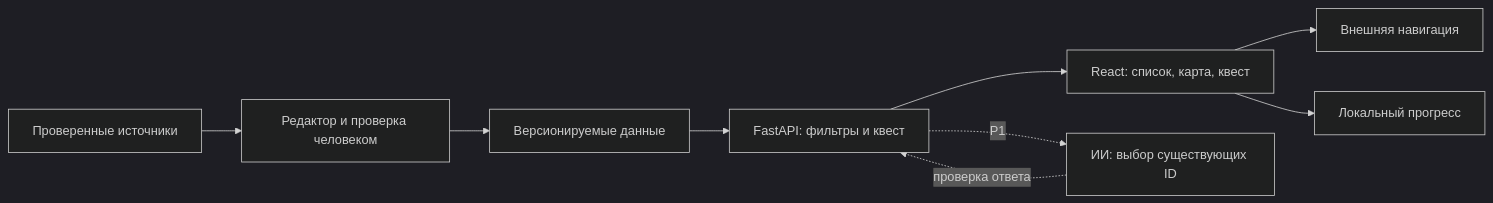
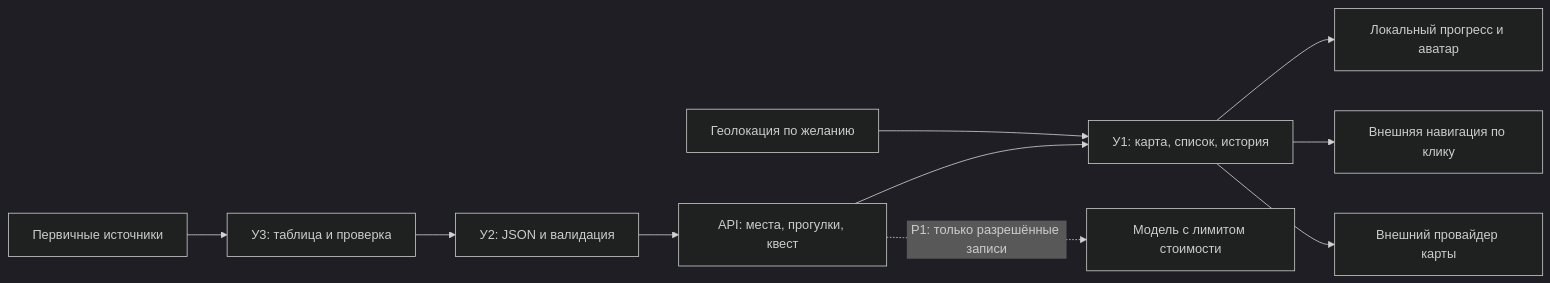
Before and after one commit to dav-snow/svoi-vladik: the diagram in docs/ARCHITECTURE.md, drawn with Mermaid (dark theme). The commit also changed other lines of this file and 19 other files, not shown here.

````diff
--- a/docs/ARCHITECTURE.md
+++ b/docs/ARCHITECTURE.md
@@ -19,11 +20,12 @@
 ```mermaid
 flowchart LR
-    S[Проверенные источники] --> H[Редактор и проверка человеком]
-    H --> D[Версионируемые данные]
-    D --> API[FastAPI: фильтры и квест]
-    API --> UI[React: список, карта, квест]
-    UI --> NAV[Внешняя навигация]
-    UI --> LOCAL[Локальный прогресс]
-    API -. P1 .-> AI[ИИ: выбор существующих ID]
-    AI -. проверка ответа .-> API
+    S[Первичные источники] --> C[У3: таблица и проверка]
+    C --> D[У2: JSON и валидация]
+    D --> A[API: места, прогулки, квест]
+    A --> UI[У1: карта, список, история]
+    GPS[Геолокация по желанию] --> UI
+    UI --> LS[Локальный прогресс и аватар]
+    UI --> N[Внешняя навигация по клику]
+    UI --> T[Внешний провайдер карты]
+    A -. P1: только разрешённые записи .-> AI[Модель с лимитом стоимости]
 ```
````
